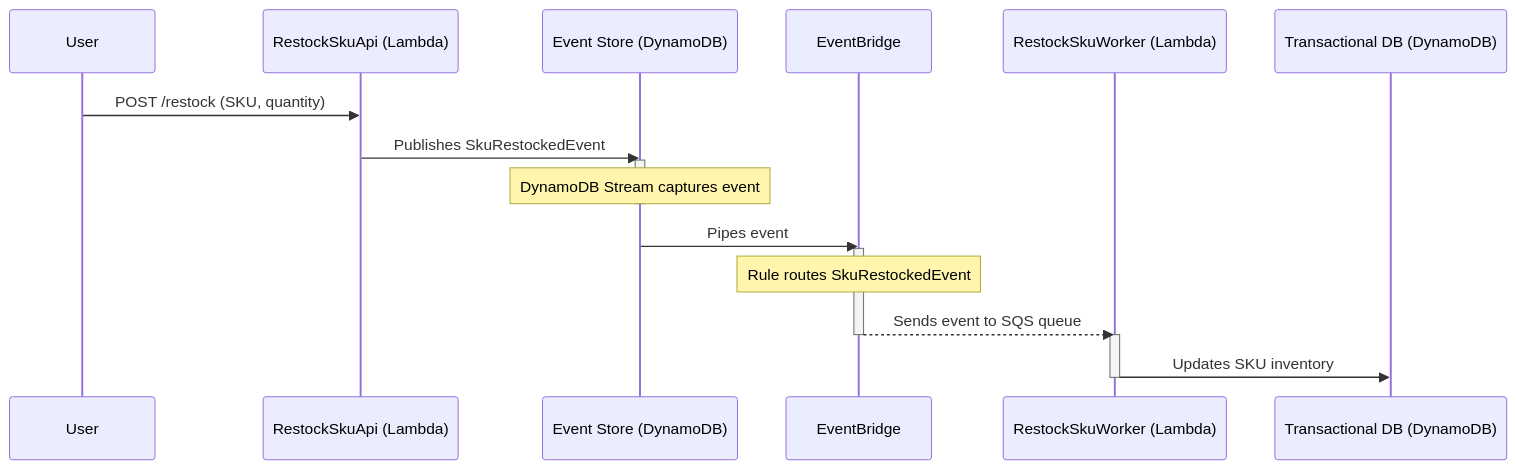
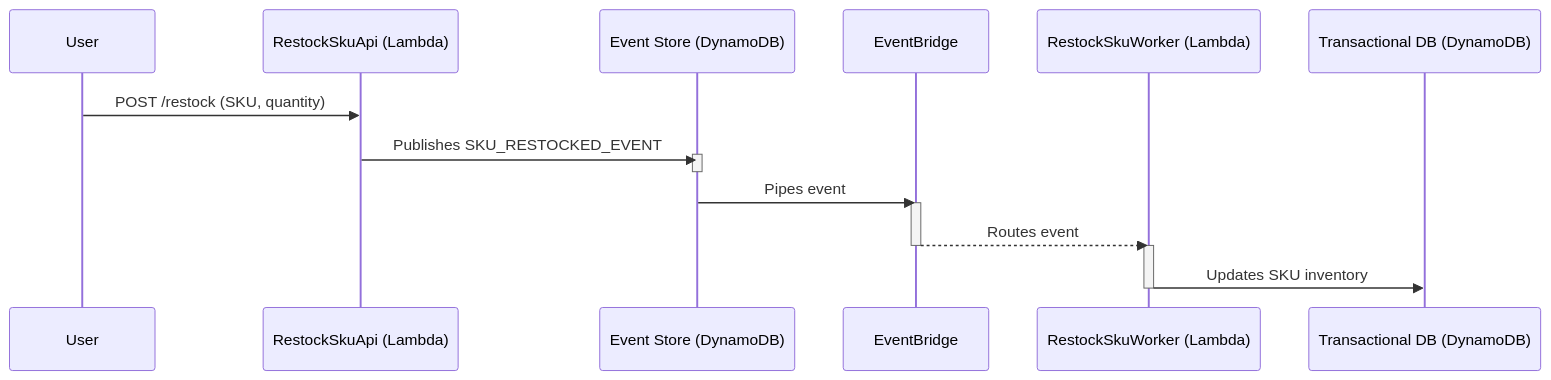
One commit to mutchinick/dynamodb-eventbridge-driven-ecomm-nodejs-exceptions changed the first of 2 diagrams in README.md. Above: the diagram before and after it, drawn with Mermaid. The commit also changed other lines of this file, not shown here.

Commit message:
Update README for clarity on flow diagrams and error handling patterns

````diff
--- a/README.md
+++ b/README.md
@@ -474,26 +474,24 @@
 ```mermaid
 sequenceDiagram
 participant User
 participant RestockSkuApi as RestockSkuApi (Lambda)
 participant EventStore as Event Store (DynamoDB)
 participant EventBridge
 participant RestockSkuWorker as RestockSkuWorker (Lambda)
 participant TransactionalDB as Transactional DB (DynamoDB)
 
     User->>RestockSkuApi: POST /restock (SKU, quantity)
-    RestockSkuApi->>EventStore: Publishes SkuRestockedEvent
+    RestockSkuApi->>EventStore: Publishes SKU_RESTOCKED_EVENT
     activate EventStore
-    Note over EventStore: DynamoDB Stream captures event
     deactivate EventStore
 
     EventStore->>EventBridge: Pipes event
     activate EventBridge
-    Note over EventBridge: Rule routes SkuRestockedEvent
-    EventBridge-->>RestockSkuWorker: Sends event to SQS queue
+    EventBridge-->>RestockSkuWorker: Routes event
     deactivate EventBridge
 
     activate RestockSkuWorker
     RestockSkuWorker->>TransactionalDB: Updates SKU inventory
     deactivate RestockSkuWorker
 
 ```
````
